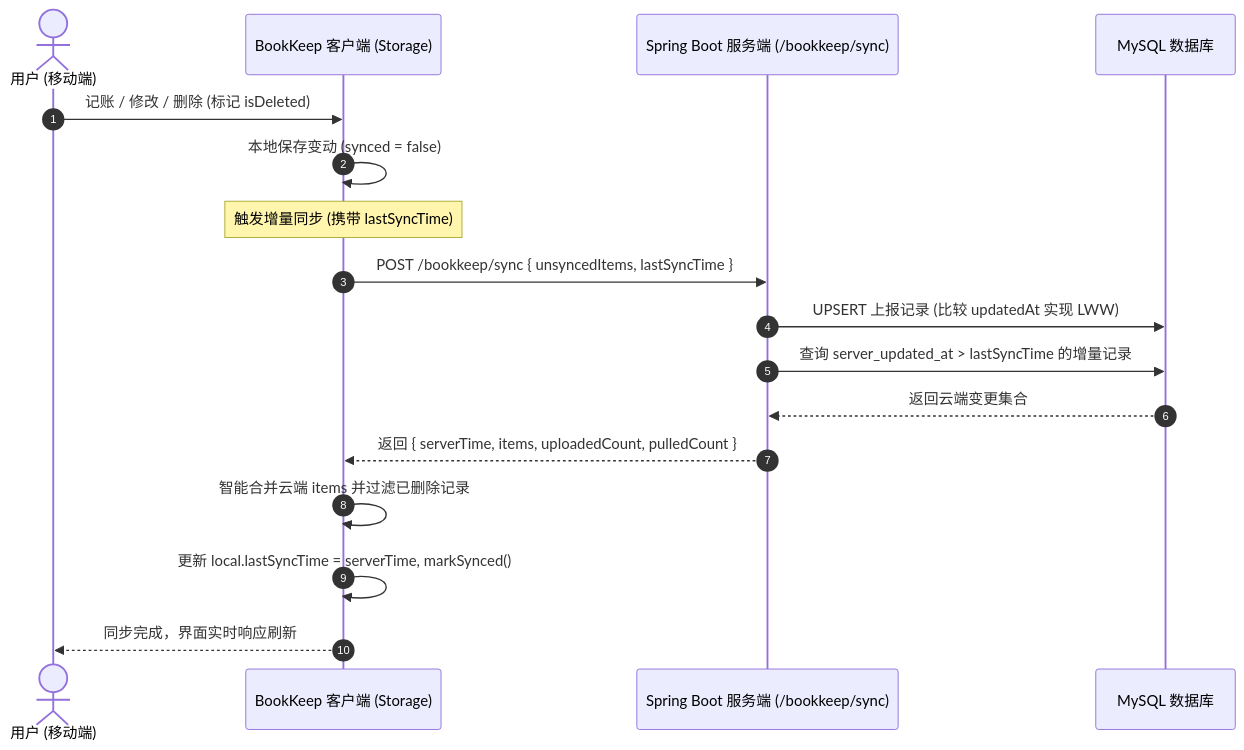
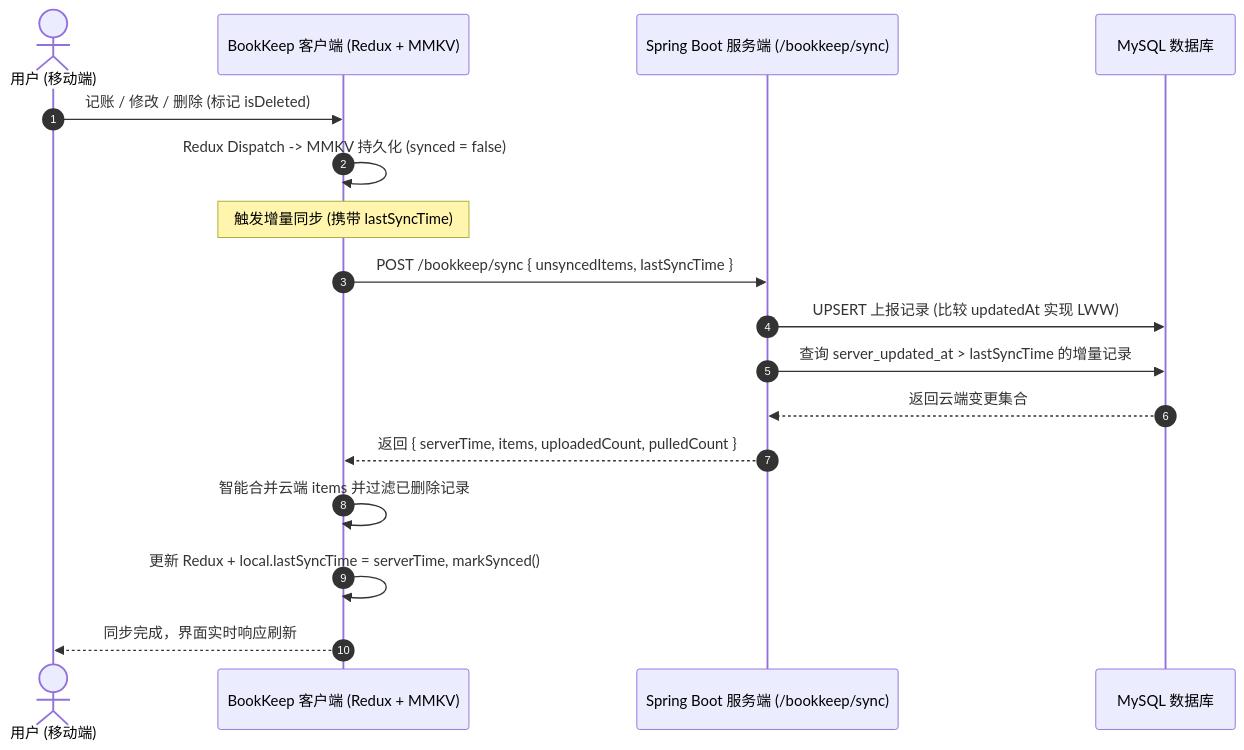
One commit to Akiha678/BookKeep changed the diagram in README.md. Above: the diagram before and after it, drawn with Mermaid. The commit also changed other lines of this file and 35 other files, not shown here.

````diff
--- a/README.md
+++ b/README.md
@@ -69,20 +92,20 @@
 ```mermaid
 sequenceDiagram
     autonumber
     actor User as 用户 (移动端)
-    participant Client as BookKeep 客户端 (Storage)
+    participant Client as BookKeep 客户端 (Redux + MMKV)
     participant Server as Spring Boot 服务端 (/bookkeep/sync)
     participant DB as MySQL 数据库
 
     User->>Client: 记账 / 修改 / 删除 (标记 isDeleted)
-    Client->>Client: 本地保存变动 (synced = false)
+    Client->>Client: Redux Dispatch -> MMKV 持久化 (synced = false)
     Note over Client: 触发增量同步 (携带 lastSyncTime)
     Client->>Server: POST /bookkeep/sync { unsyncedItems, lastSyncTime }
     Server->>DB: UPSERT 上报记录 (比较 updatedAt 实现 LWW)
     Server->>DB: 查询 server_updated_at > lastSyncTime 的增量记录
     DB-->>Server: 返回云端变更集合
     Server-->>Client: 返回 { serverTime, items, uploadedCount, pulledCount }
     Client->>Client: 智能合并云端 items 并过滤已删除记录
-    Client->>Client: 更新 local.lastSyncTime = serverTime, markSynced()
+    Client->>Client: 更新 Redux + local.lastSyncTime = serverTime, markSynced()
     Client-->>User: 同步完成，界面实时响应刷新
 ```
````
